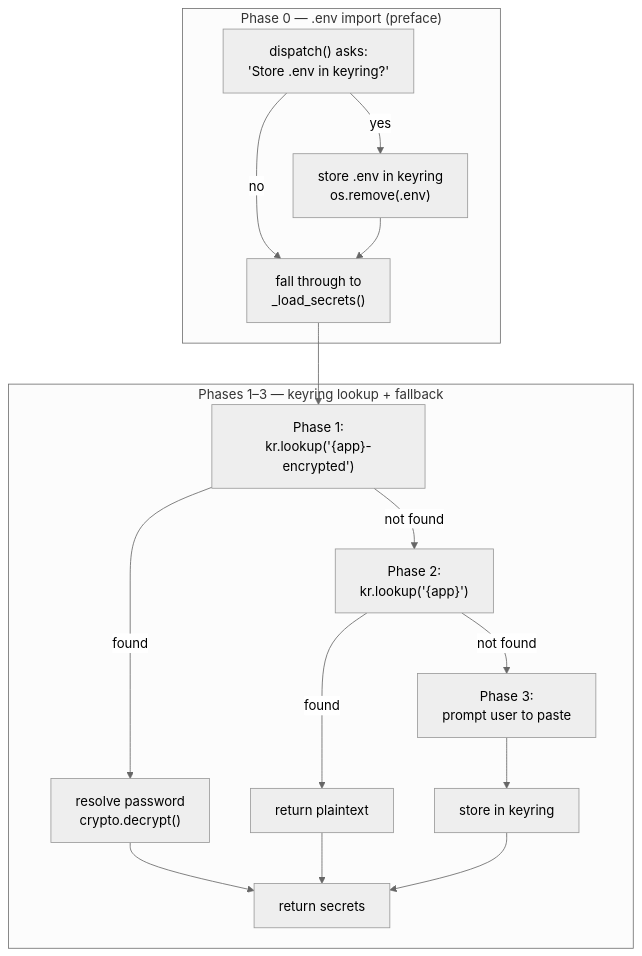
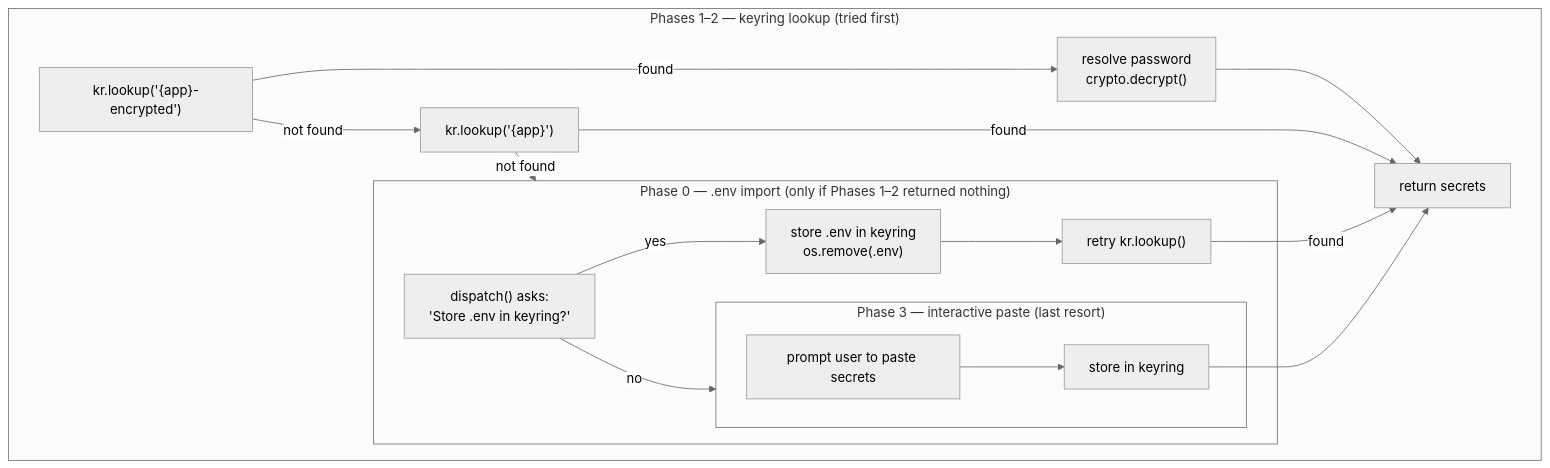
Before and after one commit to hugobatista/kleys: the sixth of 6 diagrams in docs/ARCHITECT.md, drawn with Mermaid (neutral theme). The commit also changed other lines of this file and 3 other files, not shown here.

Commit message:
fix: enhance secret loading process with keyring lookup and interactive prompt

````diff
--- a/docs/ARCHITECT.md
+++ b/docs/ARCHITECT.md
@@ -142,23 +144,25 @@
 ```mermaid
 flowchart TD
-    subgraph Phase0["Phase 0 — .env import (preface)"]
+    subgraph Phases1and2["Phases 1–2 — keyring lookup (tried first)"]
+        P1["kr.lookup('{app}-encrypted')"]
+        P1 -- "found" --> Decrypt["resolve password<br/>crypto.decrypt()"]
+        P1 -- "not found" --> P2["kr.lookup('{app}')"]
+        Decrypt --> Return["return secrets"]
+        P2 -- "found" --> Return
+        P2 -- "not found" --> Phase0
+    end
+
+    subgraph Phase0["Phase 0 — .env import (only if Phases 1–2 returned nothing)"]
         EnvImport["dispatch() asks:<br/>'Store .env in keyring?'"]
         EnvImport -- yes --> ImportStore["store .env in keyring<br/>os.remove(.env)"]
-        EnvImport -- no --> Fallthrough["fall through to<br/>_load_secrets()"]
-        ImportStore --> Fallthrough
+        EnvImport -- no --> Phase3
+        ImportStore --> P1after["retry kr.lookup()"]
+        P1after -- "found" --> Return
     end
 
-    subgraph Phases1to3["Phases 1–3 — keyring lookup + fallback"]
-        P1["Phase 1:<br/>kr.lookup('{app}-encrypted')"]
-        P1 -- "found" --> Decrypt["resolve password<br/>crypto.decrypt()"]
-        P1 -- "not found" --> P2["Phase 2:<br/>kr.lookup('{app}')"]
-        P2 -- "found" --> ReturnPlain["return plaintext"]
-        P2 -- "not found" --> P3["Phase 3:<br/>prompt user to paste"]
-        P3 --> StoreInKeyring["store in keyring"]
-        Decrypt --> Return["return secrets"]
-        ReturnPlain --> Return
+    subgraph Phase3["Phase 3 — interactive paste (last resort)"]
+        Prompt["prompt user to paste secrets"]
+        Prompt --> StoreInKeyring["store in keyring"]
         StoreInKeyring --> Return
     end
-
-    Fallthrough --> P1
 ```
````
